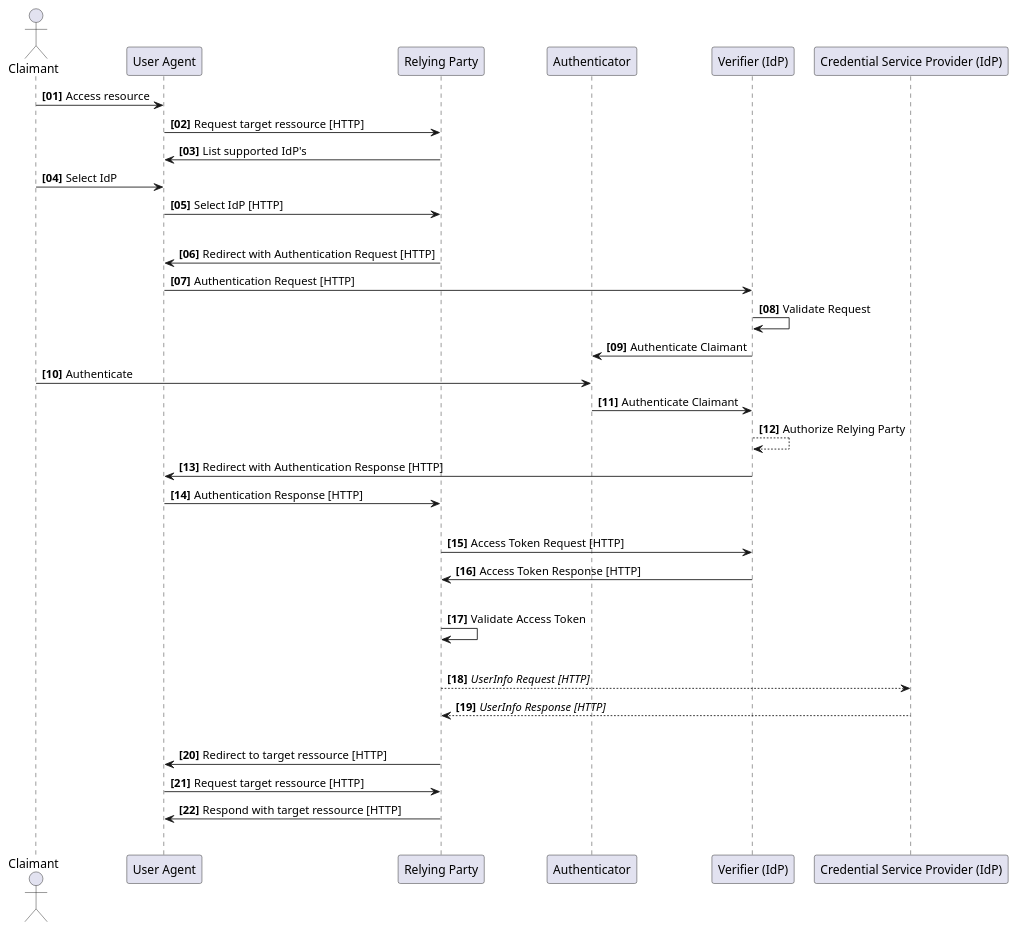
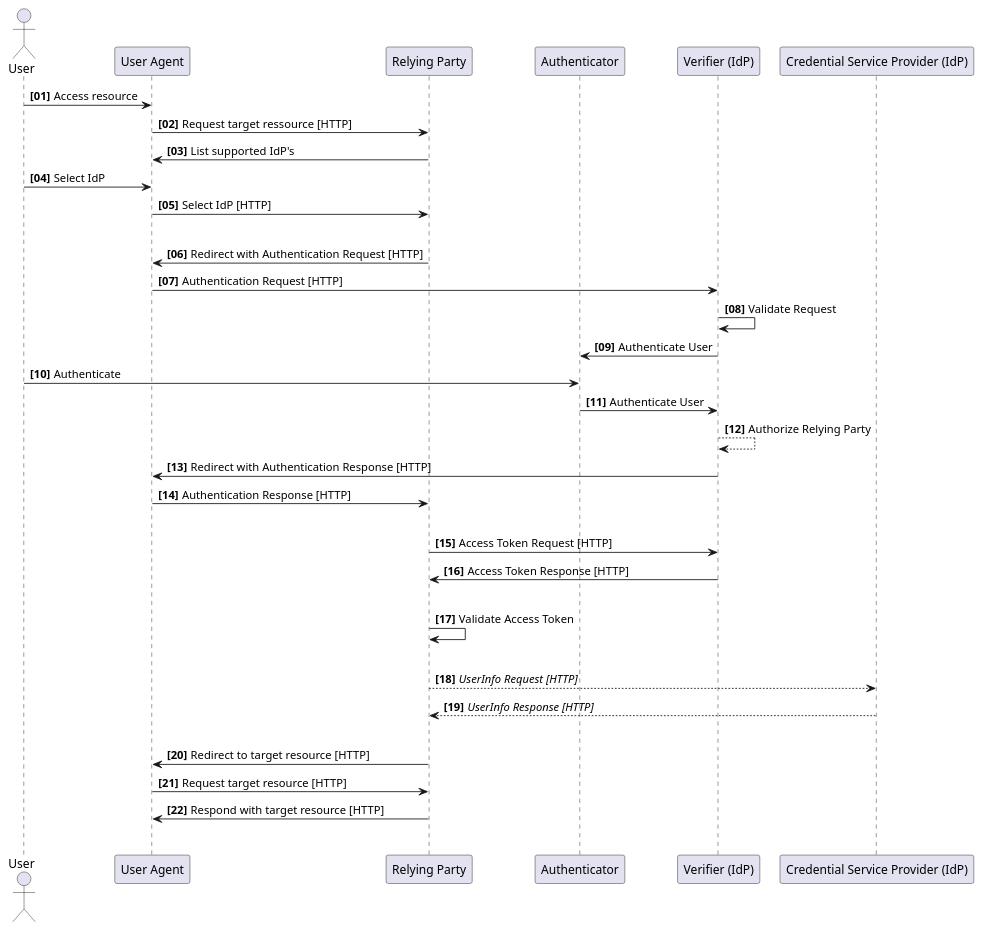
The diagram in input/images-source/OpenID-Auth-code-flow.plantuml (ehealthsuisse/ch-epr-fhir), drawn with PlantUML before and after one commit.

```diff
--- a/input/images-source/OpenID-Auth-code-flow.plantuml
+++ b/input/images-source/OpenID-Auth-code-flow.plantuml
@@ -1,55 +1,55 @@
 @startuml
 skinparam responseMessageBelowArrow true
 
-actor Claimant
+actor User
 participant "User Agent" as UserAgent
 participant "Relying Party" as RP
 participant "Authenticator" as IDM
 participant "Verifier (IdP)" as IdP
 participant "Credential Service Provider (IdP)" as CSP
 
 autonumber 1 1 "<b>[00]"
 
-Claimant -> UserAgent: Access resource
+User -> UserAgent: Access resource
 UserAgent -> RP: Request target ressource [HTTP]
 
 RP -> UserAgent: List supported IdP's
-Claimant -> UserAgent: Select IdP
+User -> UserAgent: Select IdP
 UserAgent -> RP: Select IdP [HTTP]
 
 |||
 RP -> UserAgent: Redirect with Authentication Request [HTTP]
 
 UserAgent -> IdP: Authentication Request [HTTP]
 
 IdP -> IdP: Validate Request
 
-IdP -> IDM: Authenticate Claimant
-Claimant -> IDM: Authenticate
-IDM -> IdP: Authenticate Claimant
+IdP -> IDM: Authenticate User
+User -> IDM: Authenticate
+IDM -> IdP: Authenticate User
 
 IdP --> IdP: Authorize Relying Party
 
 IdP -> UserAgent: Redirect with Authentication Response [HTTP]
 UserAgent -> RP: Authentication Response [HTTP]
 
 |||
 RP -> IdP: Access Token Request [HTTP]
 IdP -> RP: Access Token Response [HTTP]
 |||
 
 RP -> RP: Validate Access Token
 
 |||
 RP --> CSP: <i>UserInfo Request [HTTP]</i>
 CSP --> RP: <i>UserInfo Response [HTTP]</i>
 |||
 
-RP -> UserAgent: Redirect to target ressource [HTTP]
-UserAgent -> RP: Request target ressource [HTTP]
+RP -> UserAgent: Redirect to target resource [HTTP]
+UserAgent -> RP: Request target resource [HTTP]
 
-RP -> UserAgent: Respond with target ressource [HTTP]
+RP -> UserAgent: Respond with target resource [HTTP]
 |||
 autonumber stop
 
 @enduml
```
